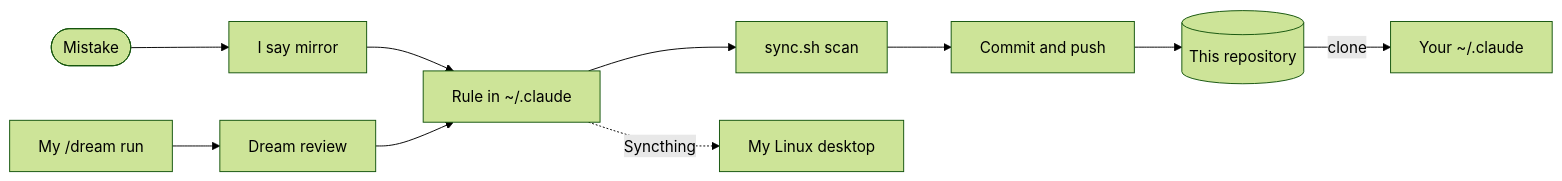
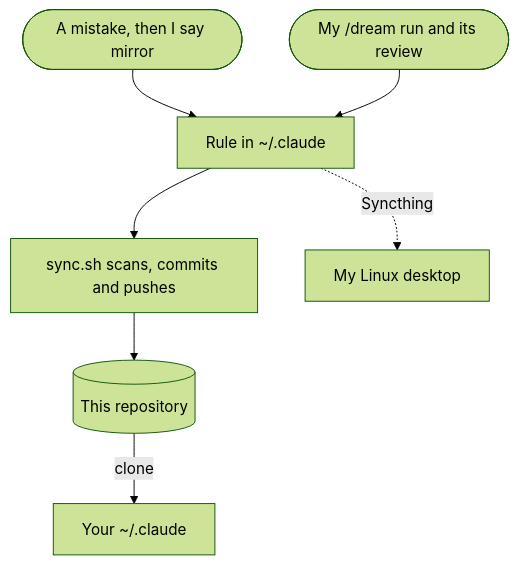
The second of 2 diagrams in docs/how-it-works.md (zululima/dotclaude), drawn with Mermaid (forest theme) before and after one commit. The commit also changed 1 other file, not shown here.

Commit message:
Keep the second graph in how-it-works.md clear of the zoom buttons
GitHub draws its pan and zoom buttons over the right edge of a graph,
and the left-to-right graph ran to that edge, so the buttons covered
its last box. It now runs top to bottom with fewer, merged steps, and
stays narrow enough for the buttons to sit beside it.

Prompts behind this commit, as given to Claude Code
(model claude-opus-5-5, effort xhigh):

1. (handed over from another session, which quoted it whole)
> my dotclaude/setup include thing my way of working with mac (menu
> bar items, literally anything thats secure to share maybe like
> software etc anything that might be useful to someone) setup should
> also probably have some mermaid graph on how the setup works

Abbreviations:
etc: et cetera

````diff
--- a/docs/how-it-works.md
+++ b/docs/how-it-works.md
@@ -54,19 +54,15 @@
 ```mermaid
-flowchart LR
-  slip(["Mistake"])
-  sayMirror["I say mirror"]
-  dreamRun["My /dream run"]
-  dreamReview["Dream review"]
+flowchart TD
+  sayMirror(["A mistake, then I say mirror"])
+  dreamRun(["My /dream run and its review"])
   rule["Rule in ~/.claude"]
-  syncSh["sync.sh scan"]
-  commitPush["Commit and push"]
+  syncSh["sync.sh scans, commits and pushes"]
   repo[("This repository")]
   desktop["My Linux desktop"]
   yourCopy["Your ~/.claude"]
 
-  slip --> sayMirror --> rule
-  dreamRun --> dreamReview --> rule
-  rule --> syncSh --> commitPush --> repo
+  sayMirror --> rule
+  dreamRun --> rule
+  rule --> syncSh --> repo -->|clone| yourCopy
   rule -.->|Syncthing| desktop
-  repo -->|clone| yourCopy
 ```
````
